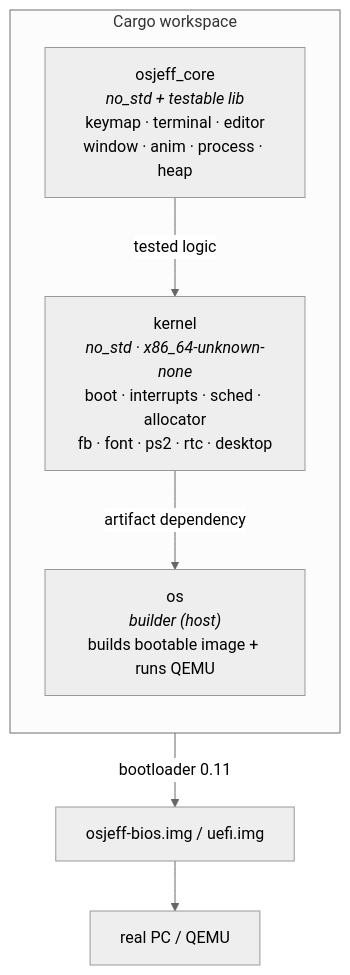
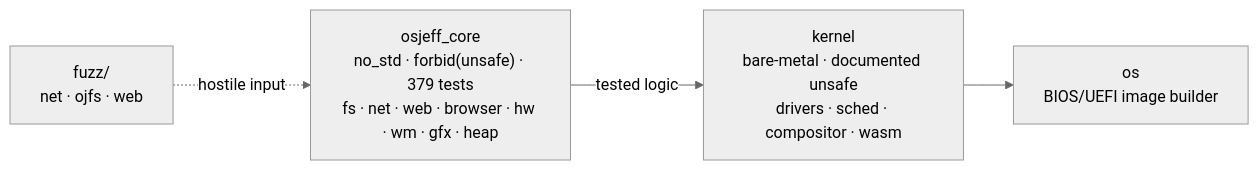
Before and after one commit to Jeffinp/OSjeff: the diagram in README.en.md, drawn with Mermaid (neutral theme). The commit also changed other lines of this file and 1 other file, not shown here.

First line of the commit message:
docs: rewrite README (PT/EN) to match the real system

````diff
--- a/README.en.md
+++ b/README.en.md
@@ -63,13 +91,9 @@
 ```mermaid
-flowchart TB
-    subgraph WS["Cargo workspace"]
-        direction TB
-        CORE["osjeff_core<br/><i>no_std + testable lib</i><br/>keymap · terminal · editor<br/>window · anim · process · heap"]
-        KERNEL["kernel<br/><i>no_std · x86_64-unknown-none</i><br/>boot · interrupts · sched · allocator<br/>fb · font · ps2 · rtc · desktop"]
-        OS["os<br/><i>builder (host)</i><br/>builds bootable image + runs QEMU"]
-    end
-    CORE -->|"tested logic"| KERNEL
-    KERNEL -->|"artifact dependency"| OS
-    OS -->|"bootloader 0.11"| IMG["osjeff-bios.img / uefi.img"]
-    IMG --> HW["real PC / QEMU"]
+flowchart LR
+    CORE["osjeff_core<br/>no_std · forbid(unsafe) · 379 tests<br/>fs · net · web · browser · hw · wm · gfx · heap"]
+    KERNEL["kernel<br/>bare-metal · documented unsafe<br/>drivers · sched · compositor · wasm"]
+    OS["os<br/>BIOS/UEFI image builder"]
+    FUZZ["fuzz/<br/>net · ojfs · web"]
+    CORE -->|tested logic| KERNEL --> OS
+    FUZZ -.->|hostile input| CORE
 ```
````
